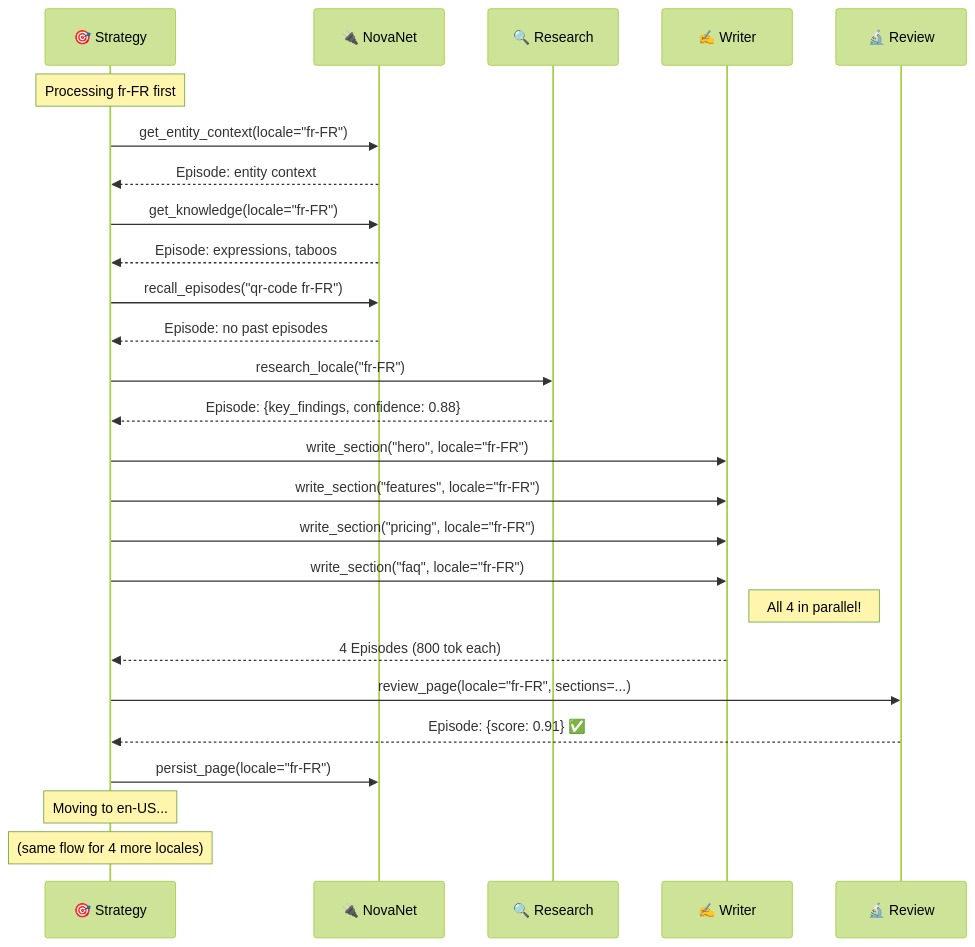
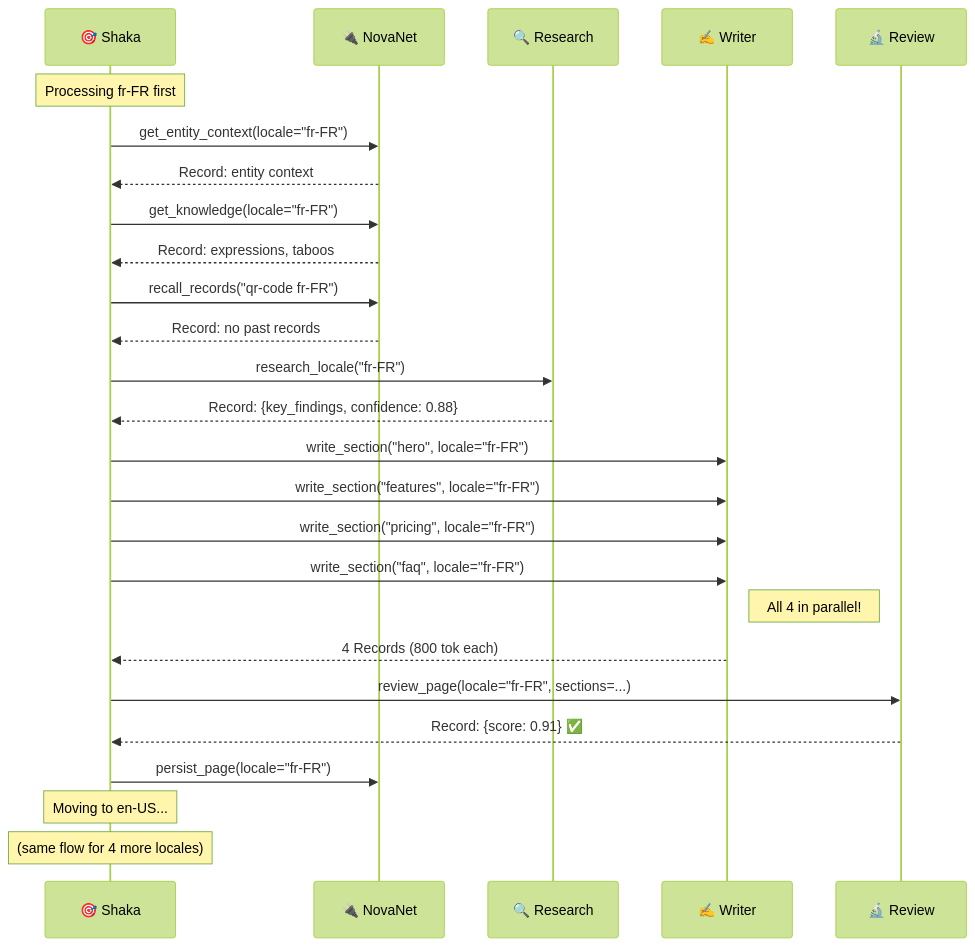
The second of 3 diagrams in docs/brainstorm/nika-evolution/09-use-cases-cookbook.md (supernovae-st/nika), drawn with Mermaid (forest theme) before and after one commit. The commit also changed other lines of this file and 12 other files, not shown here.

````diff
--- a/docs/brainstorm/nika-evolution/09-use-cases-cookbook.md
+++ b/docs/brainstorm/nika-evolution/09-use-cases-cookbook.md
@@ -487,36 +487,36 @@
 ```mermaid
 sequenceDiagram
-    participant S as 🎯 Strategy
+    participant S as 🎯 Shaka
     participant CTX as 🔌 NovaNet
     participant R as 🔍 Research
     participant W as ✍️ Writer
     participant V as 🔬 Review
 
     Note over S: Processing fr-FR first
 
     S->>CTX: get_entity_context(locale="fr-FR")
-    CTX-->>S: Episode: entity context
+    CTX-->>S: Record: entity context
     S->>CTX: get_knowledge(locale="fr-FR")
-    CTX-->>S: Episode: expressions, taboos
+    CTX-->>S: Record: expressions, taboos
 
-    S->>CTX: recall_episodes("qr-code fr-FR")
-    CTX-->>S: Episode: no past episodes
+    S->>CTX: recall_records("qr-code fr-FR")
+    CTX-->>S: Record: no past records
 
     S->>R: research_locale("fr-FR")
-    R-->>S: Episode: {key_findings, confidence: 0.88}
+    R-->>S: Record: {key_findings, confidence: 0.88}
 
     S->>W: write_section("hero", locale="fr-FR")
     S->>W: write_section("features", locale="fr-FR")
     S->>W: write_section("pricing", locale="fr-FR")
     S->>W: write_section("faq", locale="fr-FR")
     Note right of W: All 4 in parallel!
-    W-->>S: 4 Episodes (800 tok each)
+    W-->>S: 4 Records (800 tok each)
 
     S->>V: review_page(locale="fr-FR", sections=...)
-    V-->>S: Episode: {score: 0.91} ✅
+    V-->>S: Record: {score: 0.91} ✅
 
     S->>CTX: persist_page(locale="fr-FR")
 
     Note over S: Moving to en-US...
     Note over S: (same flow for 4 more locales)
 ```
````
